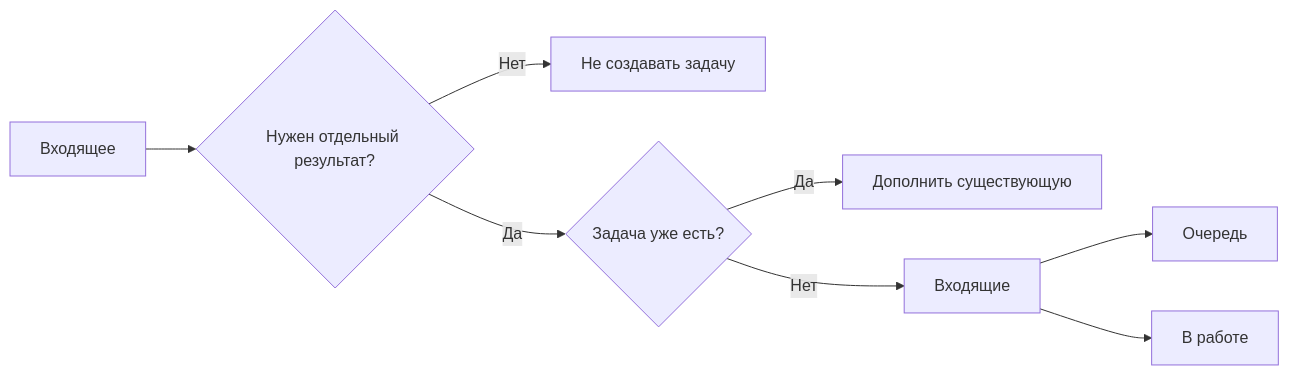
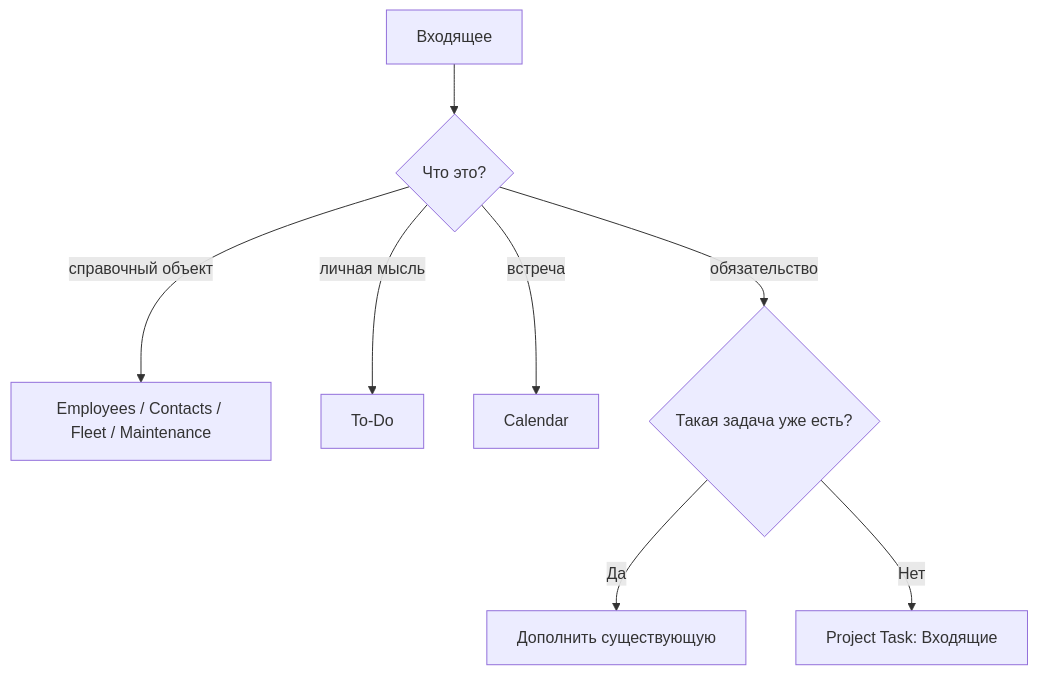
The diagram in docs/02-scripts.md (lazuale/department), drawn with Mermaid before and after one commit. The commit also changed other lines of this file, not shown here.

````diff
--- a/docs/02-scripts.md
+++ b/docs/02-scripts.md
@@ -18,10 +29,10 @@
 ```mermaid
-flowchart LR
-    A[Входящее] --> B{Нужен отдельный результат?}
-    B -- Нет --> X[Не создавать задачу]
-    B -- Да --> C{Задача уже есть?}
-    C -- Да --> D[Дополнить существующую]
-    C -- Нет --> I[Входящие]
-    I --> Q[Очередь]
-    I --> W[В работе]
+flowchart TD
+    A[Входящее] --> B{Что это?}
+    B -->|справочный объект| S[Employees / Contacts / Fleet / Maintenance]
+    B -->|личная мысль| T[To-Do]
+    B -->|встреча| C[Calendar]
+    B -->|обязательство| Q{Такая задача уже есть?}
+    Q -- Да --> U[Дополнить существующую]
+    Q -- Нет --> I[Project Task: Входящие]
 ```
````
